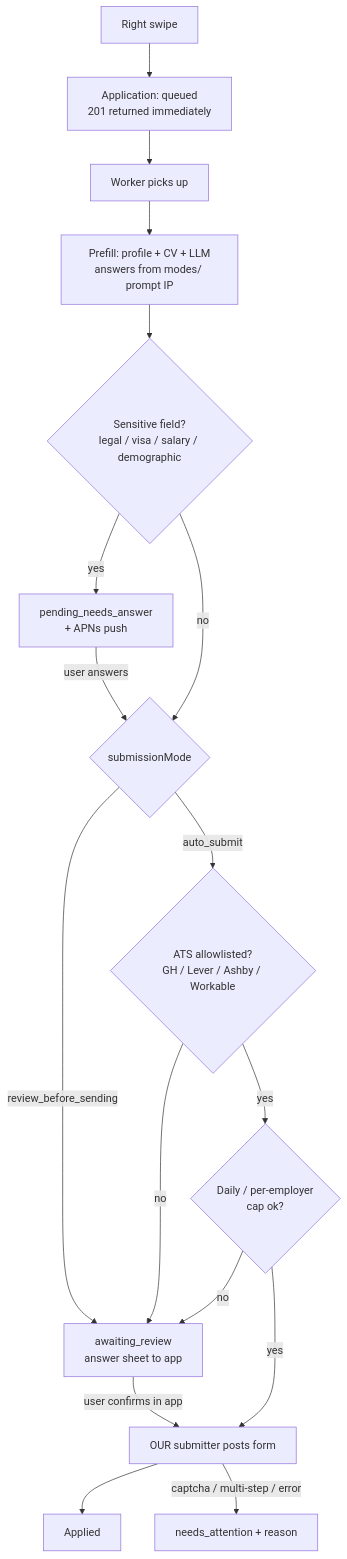
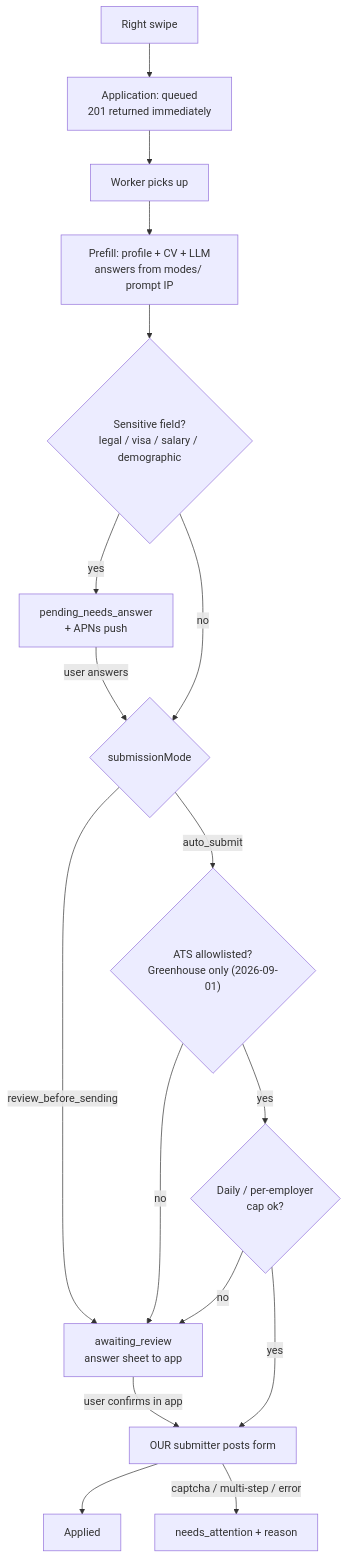
Before and after one commit to bryanmak1011/fyndra: the second of 2 diagrams in specs/001-job-swipe-apply/SDD.md, drawn with Mermaid. The commit also changed other lines of this file and 10 other files, not shown here.

````diff
--- a/specs/001-job-swipe-apply/SDD.md
+++ b/specs/001-job-swipe-apply/SDD.md
@@ -274,19 +274,19 @@
 ```mermaid
 flowchart TD
     S["Right swipe"] --> Q["Application: queued<br/>201 returned immediately"]
     Q --> W["Worker picks up"]
     W --> P["Prefill: profile + CV + LLM<br/>answers from modes/ prompt IP"]
     P --> SENS{"Sensitive field?<br/>legal / visa / salary / demographic"}
     SENS -->|yes| PEND["pending_needs_answer<br/>+ APNs push"]
     SENS -->|no| MODE{"submissionMode"}
     MODE -->|review_before_sending| REV["awaiting_review<br/>answer sheet to app"]
-    MODE -->|auto_submit| ALLOW{"ATS allowlisted?<br/>GH / Lever / Ashby / Workable"}
+    MODE -->|auto_submit| ALLOW{"ATS allowlisted?<br/>Greenhouse only (2026-09-01)"}
     ALLOW -->|no| REV
     ALLOW -->|yes| CAP{"Daily / per-employer<br/>cap ok?"}
     CAP -->|no| REV
     CAP -->|yes| SUB["OUR submitter posts form"]
     REV -->|"user confirms in app"| SUB
     PEND -->|"user answers"| MODE
     SUB --> OK["Applied"]
     SUB -->|"captcha / multi-step / error"| NA["needs_attention + reason"]
 ```
````
